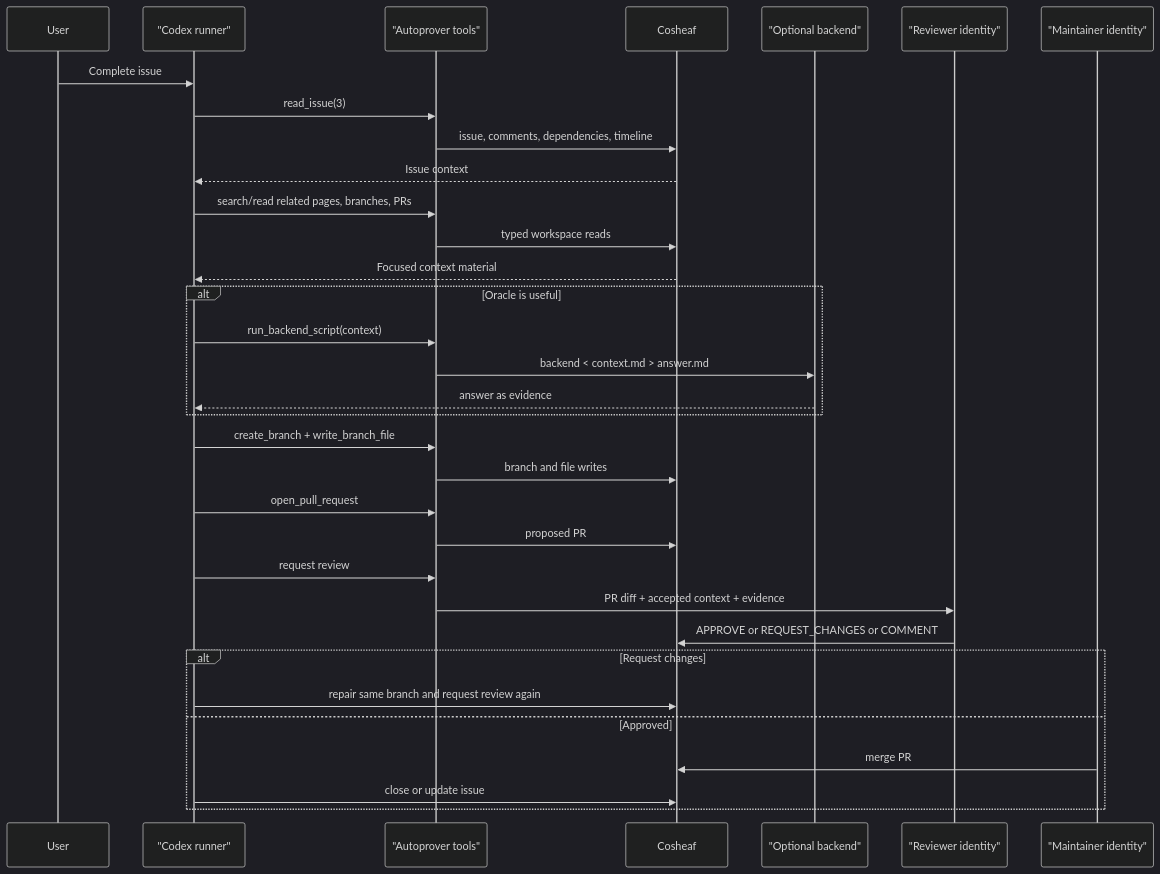
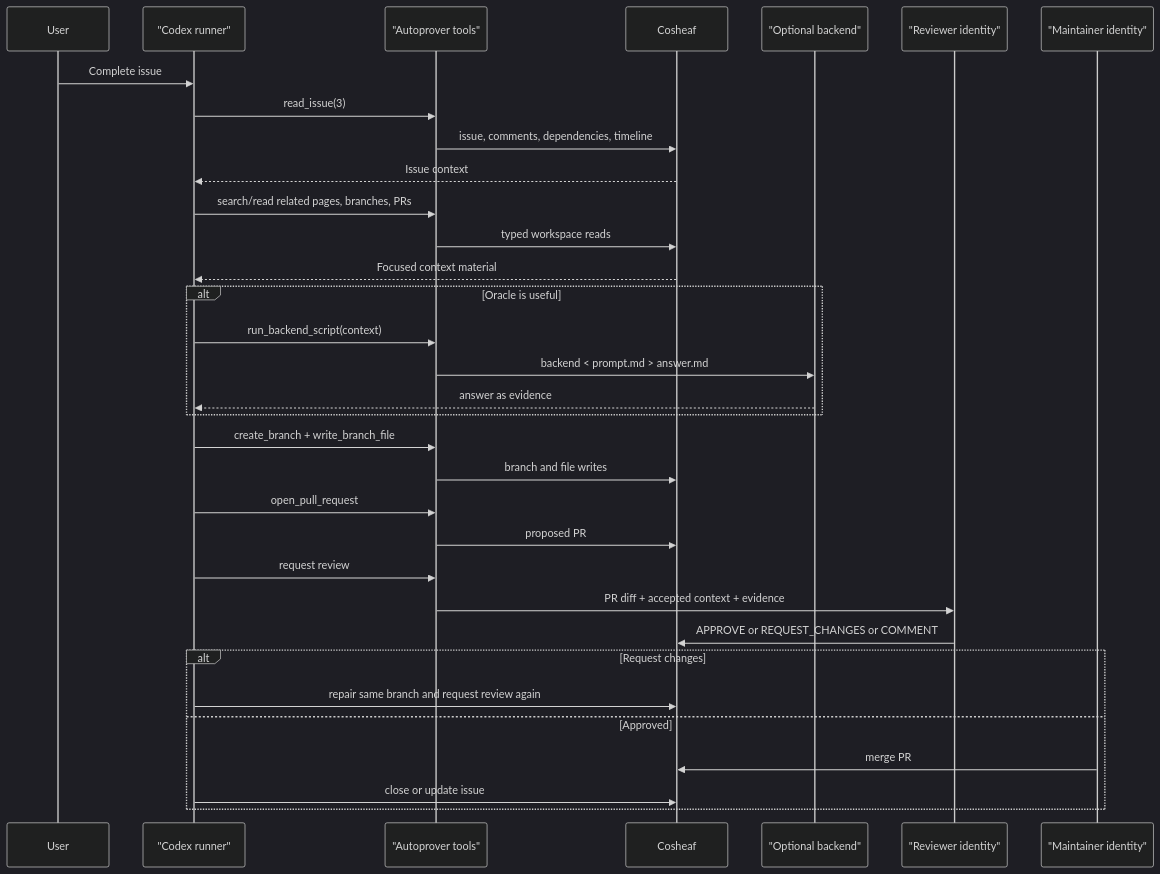
Before and after one commit to chaoxu/coverify: the diagram in docs/design.md, drawn with Mermaid (dark theme). The commit also changed other lines of this file and 5 other files, not shown here.

````diff
--- a/docs/design.md
+++ b/docs/design.md
@@ -552,39 +554,39 @@
 ```mermaid
 sequenceDiagram
     participant User
     participant Runner as "Codex runner"
     participant Tools as "Autoprover tools"
     participant Cosheaf
     participant Backend as "Optional backend"
     participant Reviewer as "Reviewer identity"
     participant Maintainer as "Maintainer identity"
 
     User->>Runner: Complete issue #3
     Runner->>Tools: read_issue(3)
     Tools->>Cosheaf: issue, comments, dependencies, timeline
     Cosheaf-->>Runner: Issue context
     Runner->>Tools: search/read related pages, branches, PRs
     Tools->>Cosheaf: typed workspace reads
     Cosheaf-->>Runner: Focused context material
 
     alt Oracle is useful
         Runner->>Tools: run_backend_script(context)
-        Tools->>Backend: backend < context.md > answer.md
+        Tools->>Backend: backend < prompt.md > answer.md
         Backend-->>Runner: answer as evidence
     end
 
     Runner->>Tools: create_branch + write_branch_file
     Tools->>Cosheaf: branch and file writes
     Runner->>Tools: open_pull_request
     Tools->>Cosheaf: proposed PR
     Runner->>Tools: request review
     Tools->>Reviewer: PR diff + accepted context + evidence
     Reviewer->>Cosheaf: APPROVE or REQUEST_CHANGES or COMMENT
 
     alt Request changes
         Runner->>Cosheaf: repair same branch and request review again
     else Approved
         Maintainer->>Cosheaf: merge PR
         Runner->>Cosheaf: close or update issue
     end
 ```
````
